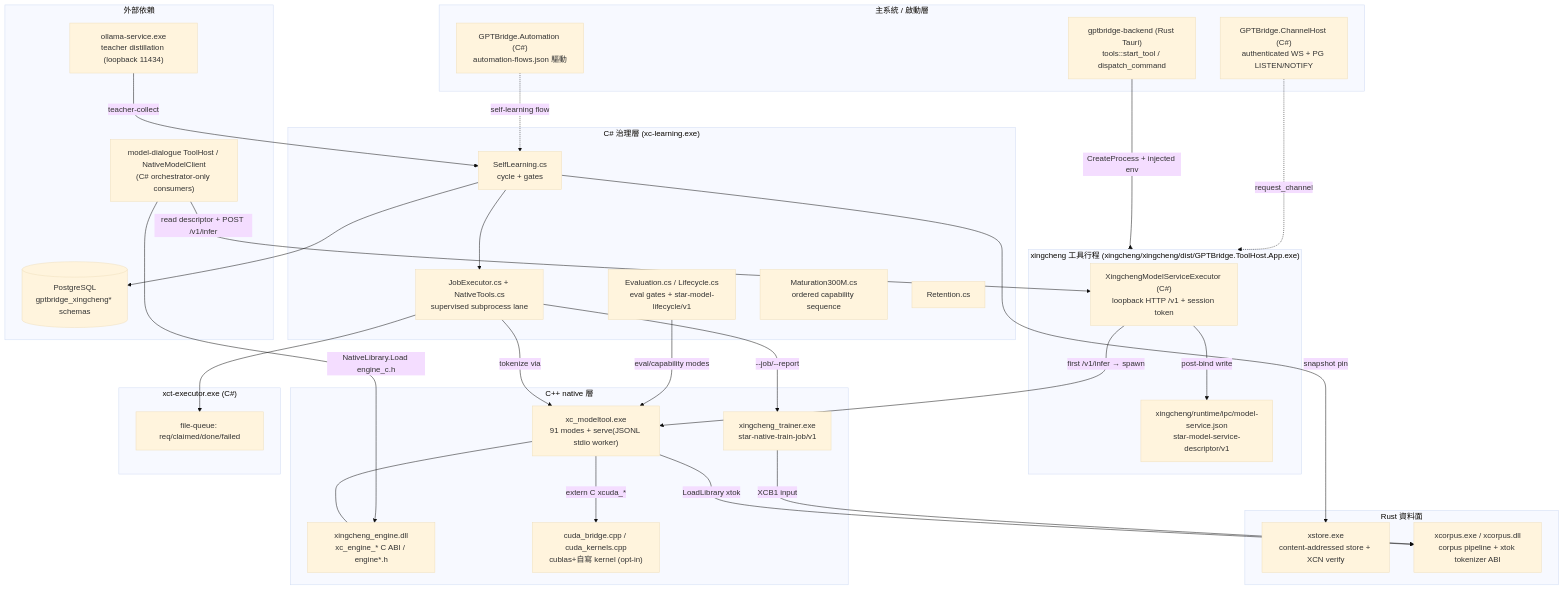
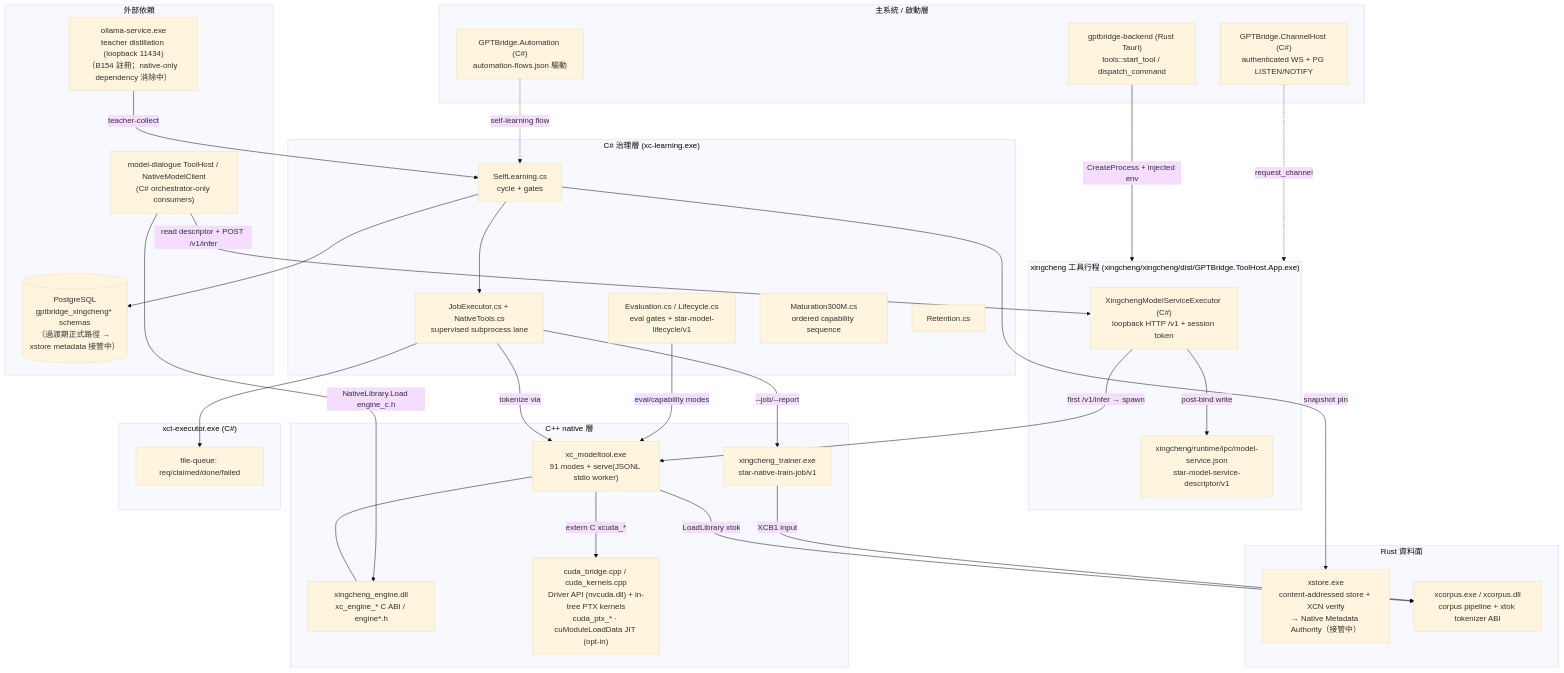
One commit to guilty442-source/GPTBridge changed the diagram in governance_rule/codex/architecture-xingcheng-architecture.md. Above: the diagram before and after it, drawn with Mermaid (base theme). The commit also changed other lines of this file, not shown here.

Commit message:
docs(xingcheng): architecture view — CUDA Driver API + in-tree PTX; RG boundary; PG/Ollama transition marks [worker:devin-desktop]

````diff
--- a/governance_rule/codex/architecture-xingcheng-architecture.md
+++ b/governance_rule/codex/architecture-xingcheng-architecture.md
@@ -7,65 +7,65 @@
 ```mermaid
 flowchart TB
     subgraph HOST["主系統 / 啟動層"]
         BE["gptbridge-backend (Rust Tauri)<br/>tools::start_tool / dispatch_command"]
         AUTO["GPTBridge.Automation (C#)<br/>automation-flows.json 驅動"]
         CH["GPTBridge.ChannelHost (C#)<br/>authenticated WS + PG LISTEN/NOTIFY"]
     end
 
     subgraph TOOL["xingcheng 工具行程 (xingcheng/xingcheng/dist/GPTBridge.ToolHost.App.exe)"]
         EXEC["XingchengModelServiceExecutor (C#)<br/>loopback HTTP /v1 + session token"]
         IPC["xingcheng/runtime/ipc/model-service.json<br/>star-model-service-descriptor/v1"]
     end
 
     subgraph NATIVE["C++ native 層"]
         MODELTOOL["xc_modeltool.exe<br/>91 modes + serve(JSONL stdio worker)"]
         ENGINE["xingcheng_engine.dll<br/>xc_engine_* C ABI / engine*.h"]
         TRAINER["xingcheng_trainer.exe<br/>star-native-train-job/v1"]
-        CUDA["cuda_bridge.cpp / cuda_kernels.cpp<br/>cublas+自寫 kernel (opt-in)"]
+        CUDA["cuda_bridge.cpp / cuda_kernels.cpp<br/>Driver API (nvcuda.dll) + in-tree PTX kernels<br/>cuda_ptx_* · cuModuleLoadData JIT (opt-in)"]
     end
 
     subgraph RUST["Rust 資料面"]
-        XSTORE["xstore.exe<br/>content-addressed store + XCN verify"]
+        XSTORE["xstore.exe<br/>content-addressed store + XCN verify<br/>→ Native Metadata Authority（接管中）"]
         XCORPUS["xcorpus.exe / xcorpus.dll<br/>corpus pipeline + xtok tokenizer ABI"]
     end
 
     subgraph CSHARP["C# 治理層 (xc-learning.exe)"]
         SL["SelfLearning.cs<br/>cycle + gates"]
         JE["JobExecutor.cs + NativeTools.cs<br/>supervised subprocess lane"]
         EV["Evaluation.cs / Lifecycle.cs<br/>eval gates + star-model-lifecycle/v1"]
         MAT["Maturation300M.cs<br/>ordered capability sequence"]
         RET["Retention.cs"]
     end
 
     subgraph QUEUE["xct-executor.exe (C#)"]
         FQ["file-queue: req/claimed/done/failed"]
     end
 
     subgraph EXT["外部依賴"]
-        PG[("PostgreSQL<br/>gptbridge_xingcheng* schemas")]
+        PG[("PostgreSQL<br/>gptbridge_xingcheng* schemas<br/>（過渡期正式路徑 → xstore metadata 接管中）")]
         CONSUMERS["model-dialogue ToolHost / NativeModelClient<br/>(C# orchestrator-only consumers)"]
-        OLLAMA["ollama-service.exe<br/>teacher distillation (loopback 11434)"]
+        OLLAMA["ollama-service.exe<br/>teacher distillation (loopback 11434)<br/>（B154 註冊；native-only dependency 消除中）"]
     end
 
     BE -->|CreateProcess + injected env| TOOL
     EXEC -->|post-bind write| IPC
     EXEC -->|first /v1/infer → spawn| MODELTOOL
     MODELTOOL --- ENGINE
     MODELTOOL -->|LoadLibrary xtok| XCORPUS
     MODELTOOL -->|extern C xcuda_*| CUDA
     CONSUMERS -->|read descriptor + POST /v1/infer| EXEC
     CONSUMERS -->|NativeLibrary.Load engine_c.h| ENGINE
 
     SL --> PG
     SL --> JE
     JE -->|tokenize via| MODELTOOL
     JE -->|--job/--report| TRAINER
     JE --> FQ
     TRAINER -->|XCB1 input| XCORPUS
     SL -->|snapshot pin| XSTORE
     EV -->|eval/capability modes| MODELTOOL
     OLLAMA -->|teacher-collect| SL
 
     AUTO -.->|self-learning flow| SL
     CH -.->|request_channel| TOOL
 ```
````
